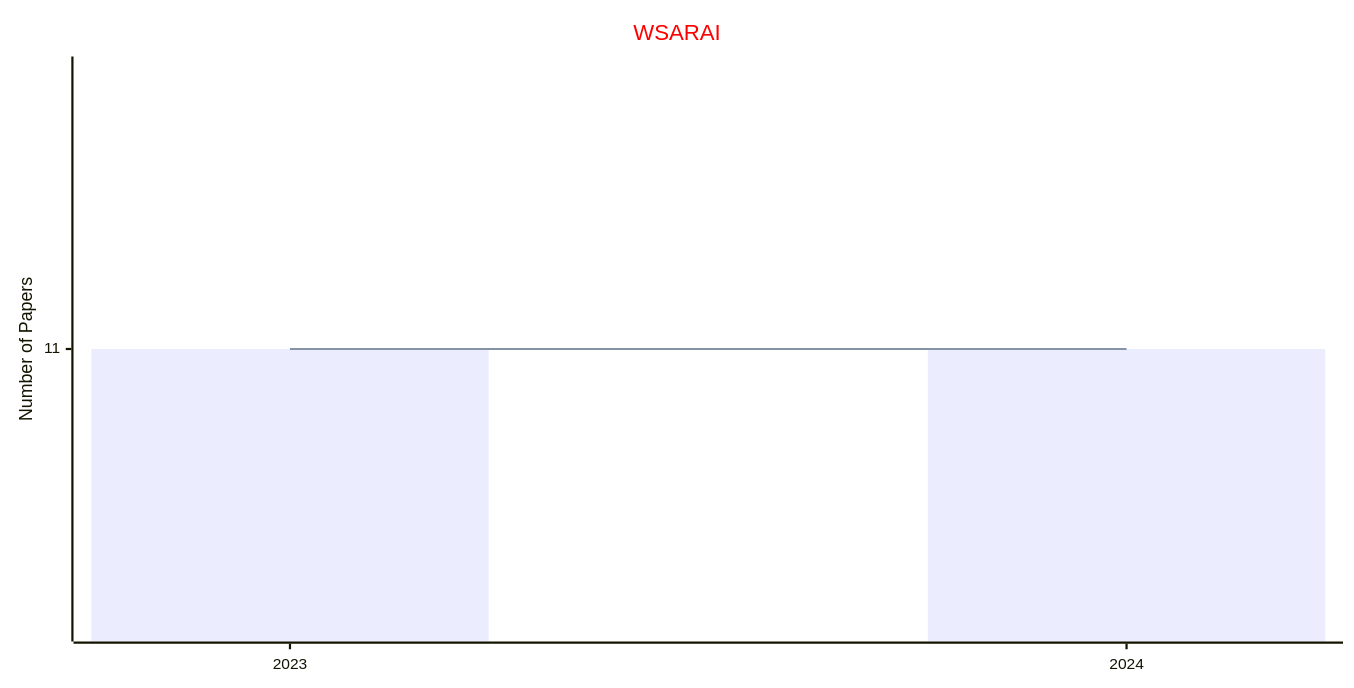
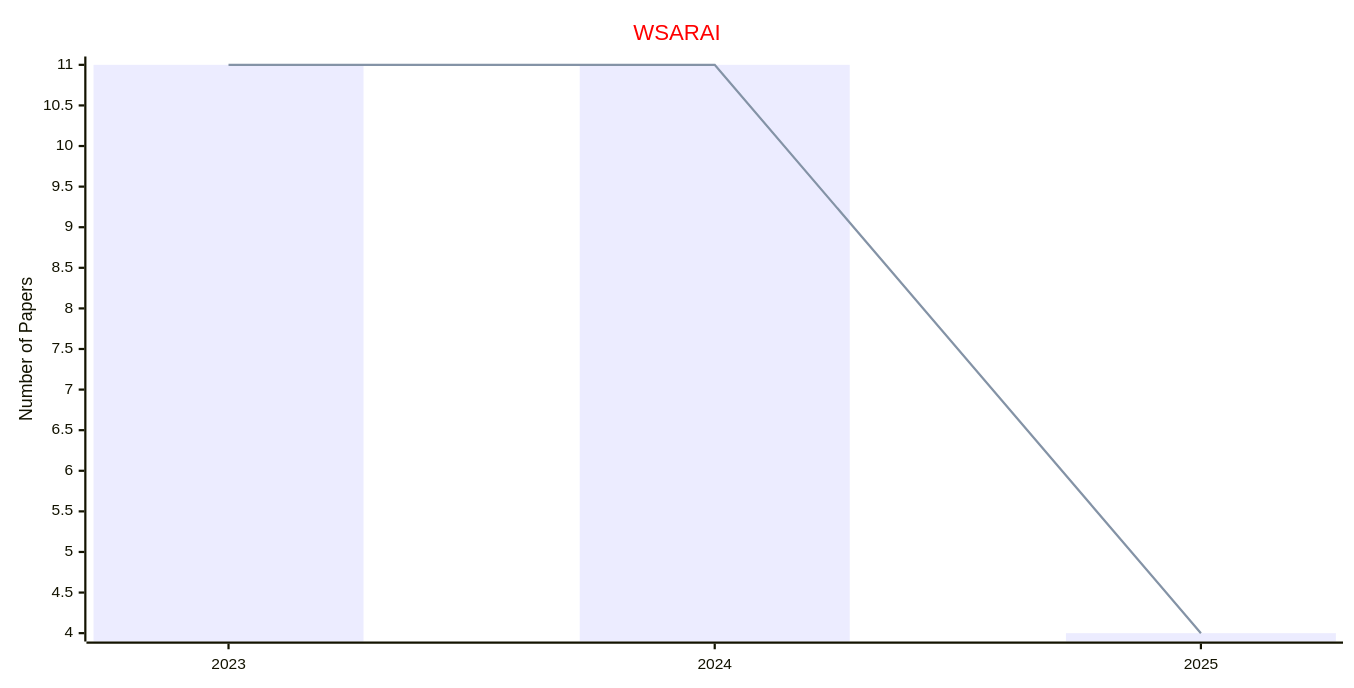
The tenth of 10 diagrams in docs/data/Journals/Statistics_Journals/Review_and_Survey.md (Easy-PhD/AILinks), drawn with Mermaid before and after one commit. The commit also changed other lines of this file and 93 other files, not shown here.

````diff
--- a/docs/data/Journals/Statistics_Journals/Review_and_Survey.md
+++ b/docs/data/Journals/Statistics_Journals/Review_and_Survey.md
@@ -237,17 +237,17 @@
 ```mermaid
 ---
 config:
     xyChart:
         width: 1200
         height: 600
     themeVariables:
         xyChart:
             titleColor: "#ff0000"
 ---
 xychart-beta
     title "WSARAI"
-    x-axis [2023, 2024]
+    x-axis [2023, 2024, 2025]
     y-axis "Number of Papers"
-    bar [11, 11]
-    line [11, 11]
+    bar [11, 11, 4]
+    line [11, 11, 4]
 ```
````
